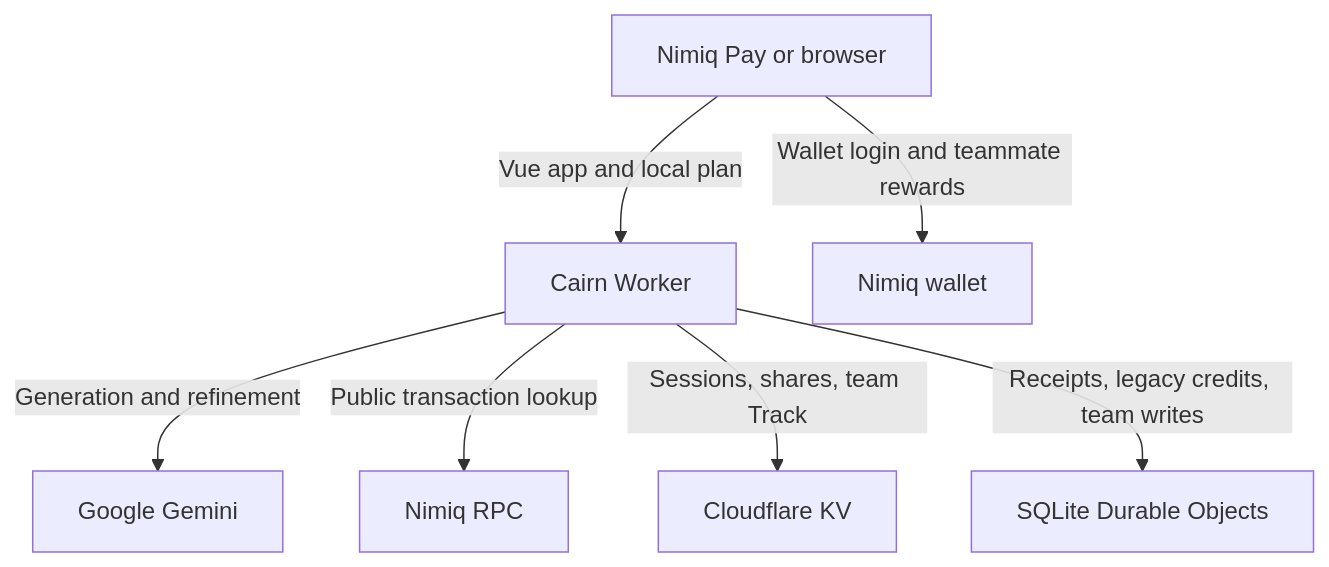
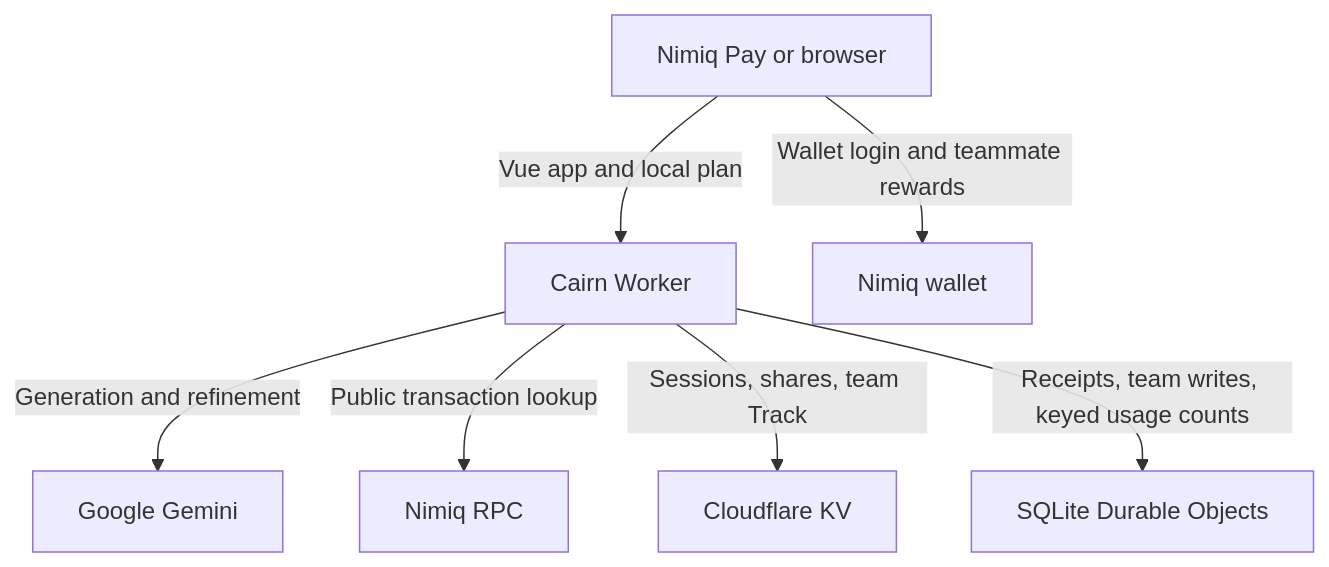
Before and after one commit to Teecash96/Cairn: the diagram in docs/architecture.md, drawn with Mermaid. The commit also changed other lines of this file and 20 other files, not shown here.

````diff
--- a/docs/architecture.md
+++ b/docs/architecture.md
@@ -7,9 +7,9 @@
 ```mermaid
 flowchart TD
   A["Nimiq Pay or browser"] -->|"Vue app and local plan"| B["Cairn Worker"]
   A -->|"Wallet login and teammate rewards"| C["Nimiq wallet"]
   B -->|"Generation and refinement"| D["Google Gemini"]
   B -->|"Public transaction lookup"| E["Nimiq RPC"]
   B -->|"Sessions, shares, team Track"| F["Cloudflare KV"]
-  B -->|"Receipts, legacy credits, team writes"| G["SQLite Durable Objects"]
+  B -->|"Receipts, team writes, keyed usage counts"| G["SQLite Durable Objects"]
 ```
````
